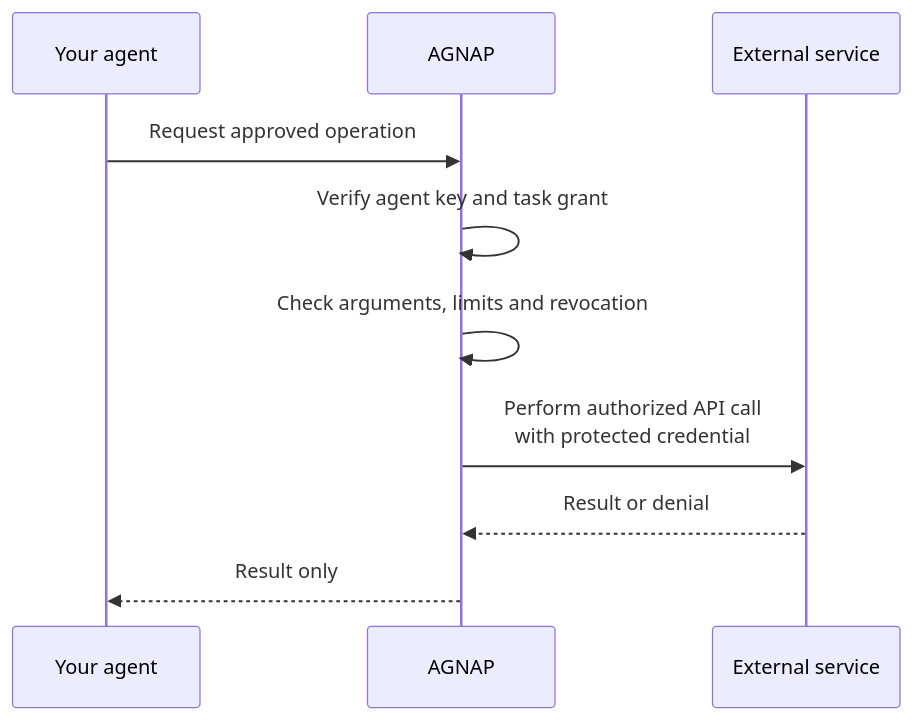
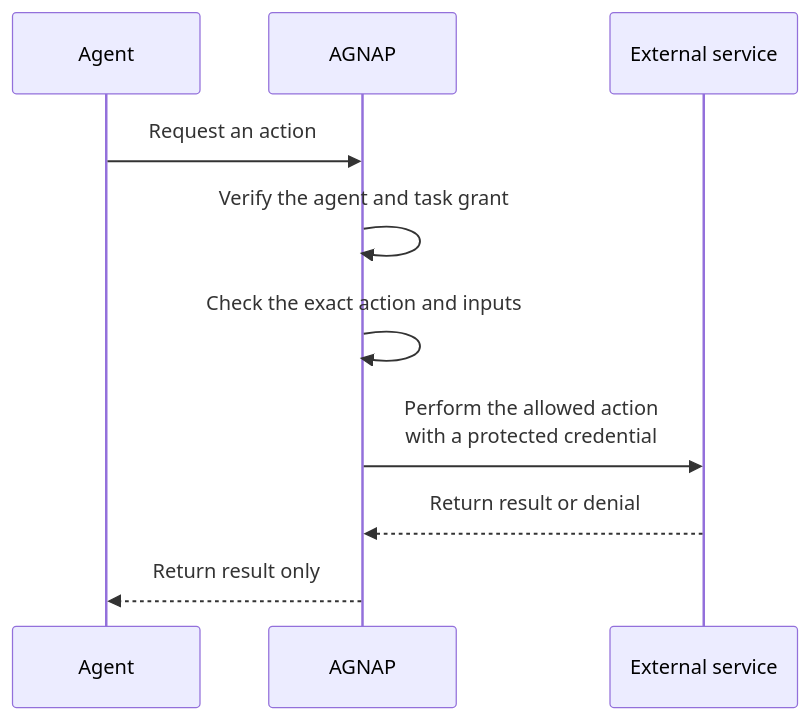
The first of 2 diagrams in README.md (DaevMithran/agnap), drawn with Mermaid before and after one commit. The commit also changed other lines of this file and 3 other files, not shown here.

````diff
--- a/README.md
+++ b/README.md
@@ -73,13 +55,13 @@
 ```mermaid
 sequenceDiagram
-    participant Agent as Your agent
-    participant AGNAP
-    participant Service as External service
+    participant A as Agent
+    participant G as AGNAP
+    participant S as External service
 
-    Agent->>AGNAP: Request approved operation
-    AGNAP->>AGNAP: Verify agent key and task grant
-    AGNAP->>AGNAP: Check arguments, limits and revocation
-    AGNAP->>Service: Perform authorized API call<br/>with protected credential
-    Service-->>AGNAP: Result or denial
-    AGNAP-->>Agent: Result only
+    A->>G: Request an action
+    G->>G: Verify the agent and task grant
+    G->>G: Check the exact action and inputs
+    G->>S: Perform the allowed action<br/>with a protected credential
+    S-->>G: Return result or denial
+    G-->>A: Return result only
 ```
````
